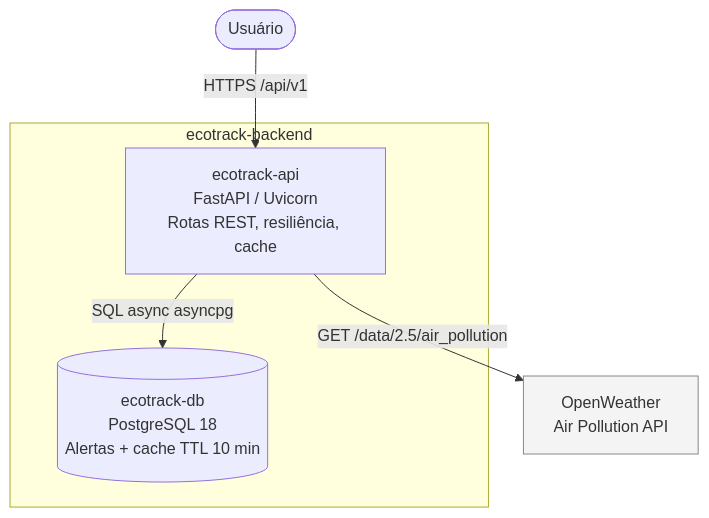
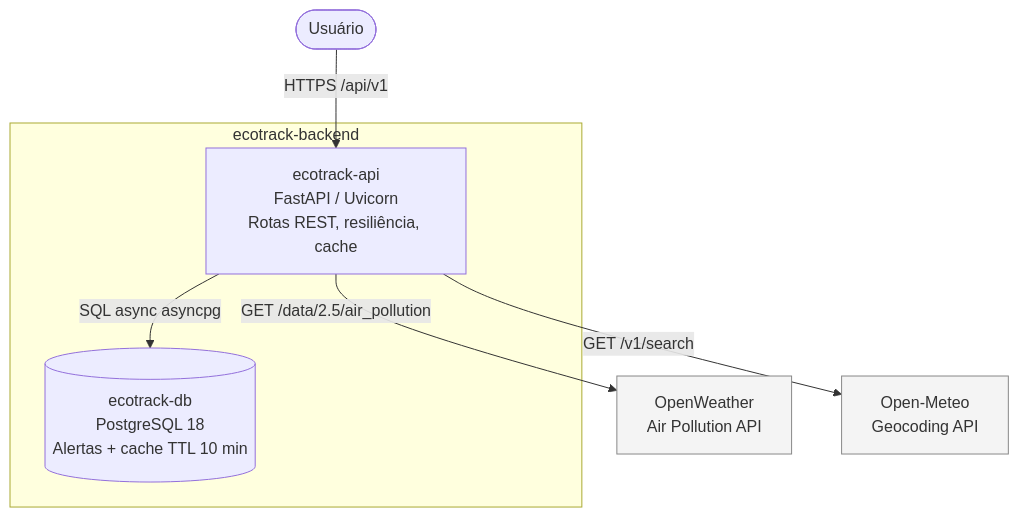
Before and after one commit to aquiles-santos/ecotrack-backend: the second of 2 diagrams in README.md, drawn with Mermaid. The commit also changed other lines of this file and 7 other files, not shown here.

Commit message:
feat: add Open-Meteo geocode proxy with resilience

````diff
--- a/README.md
+++ b/README.md
@@ -35,17 +38,20 @@
 ```mermaid
 flowchart TB
     user(["Usuário"])
 
     subgraph ecotrack_backend ["ecotrack-backend"]
         api["ecotrack-api<br/>FastAPI / Uvicorn<br/>Rotas REST, resiliência, cache"]
         db[("ecotrack-db<br/>PostgreSQL 18<br/>Alertas + cache TTL 10 min")]
     end
 
     openweather["OpenWeather<br/>Air Pollution API"]
+    openmeteo["Open-Meteo<br/>Geocoding API"]
 
     user -->|HTTPS /api/v1| api
     api -->|SQL async asyncpg| db
     api -->|GET /data/2.5/air_pollution| openweather
+    api -->|GET /v1/search| openmeteo
 
     style openweather fill:#f4f4f4,stroke:#888
+    style openmeteo fill:#f4f4f4,stroke:#888
 ```
````
